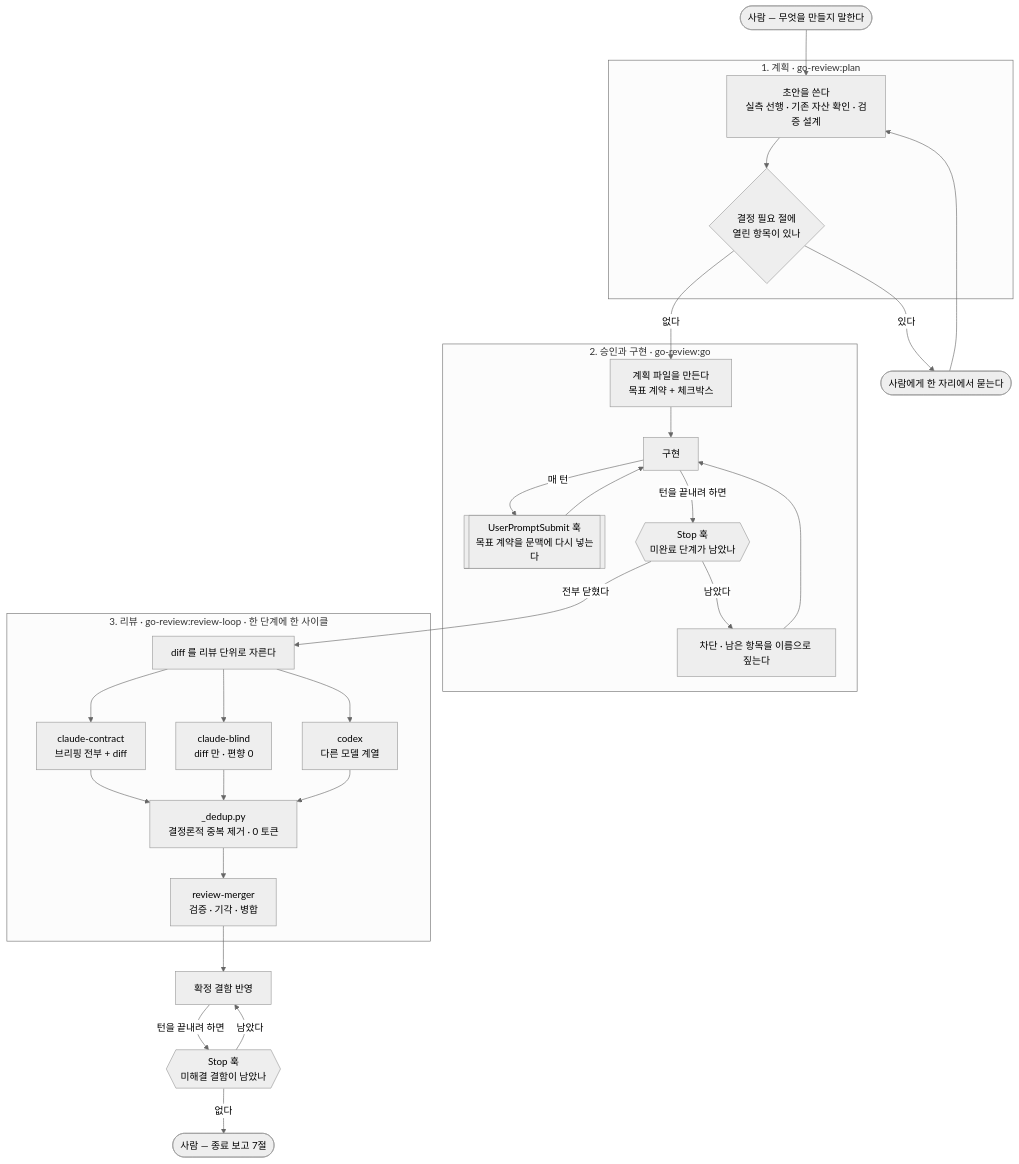
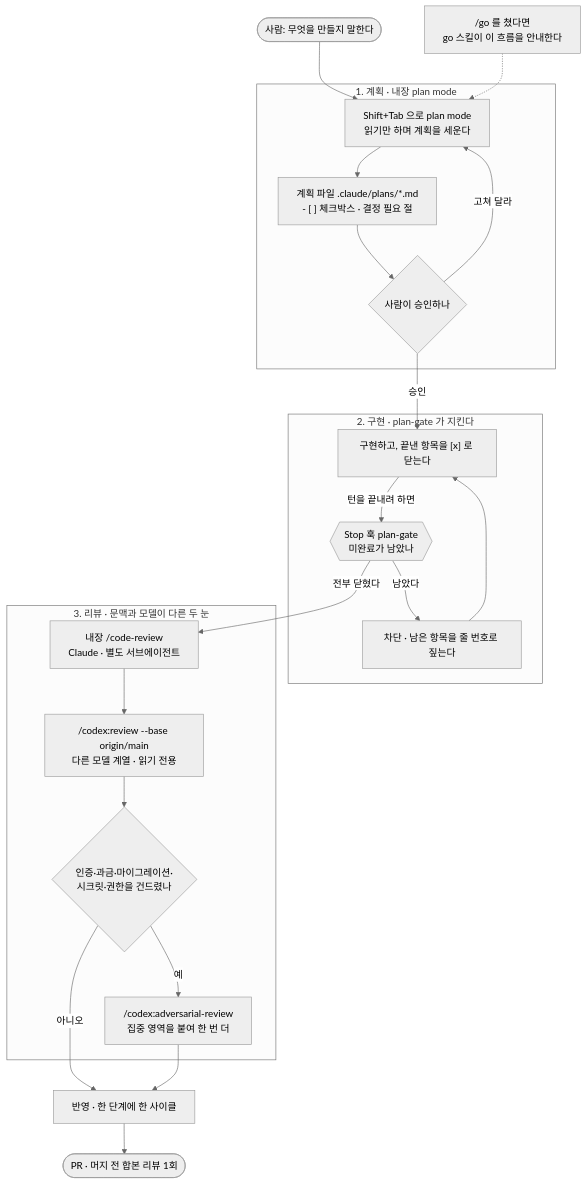
One commit to jwjinn/go-skill changed the first of 3 diagrams in README.md. Above: the diagram before and after it, drawn with Mermaid (neutral theme). The commit also changed other lines of this file and 8 other files, not shown here.

First line of the commit message:
docs: 체인을 plan-gate 하나로 줄인 지금 구조를 README 에 그림으로 정리한다 (#1)

````diff
--- a/README.md
+++ b/README.md
@@ -44,38 +18,31 @@
 ```mermaid
 flowchart TD
-    U0(["사람 — 무엇을 만들지 말한다"]) --> PLAN
+    U(["사람: 무엇을 만들지 말한다"]) --> PM
+    G["/go 를 쳤다면<br/>go 스킬이 이 흐름을 안내한다"] -.-> PM
 
-    subgraph SG1["1. 계획 · go-review:plan"]
-        PLAN["초안을 쓴다<br/>실측 선행 · 기존 자산 확인 · 검증 설계"] --> DEC{"결정 필요 절에<br/>열린 항목이 있나"}
+    subgraph S1["1. 계획 · 내장 plan mode"]
+        PM["Shift+Tab 으로 plan mode<br/>읽기만 하며 계획을 세운다"] --> PF["계획 파일 .claude/plans/*.md<br/>- [ ] 체크박스 · 결정 필요 절"]
+        PF --> OK{"사람이 승인하나"}
     end
 
-    DEC -->|"있다"| ASK(["사람에게 한 자리에서 묻는다"])
-    ASK --> PLAN
-    DEC -->|"없다"| GO
+    OK -->|"고쳐 달라"| PM
+    OK -->|"승인"| IM
 
-    subgraph SG2["2. 승인과 구현 · go-review:go"]
-        GO["계획 파일을 만든다<br/>목표 계약 + 체크박스"] --> IMPL["구현"]
-        IMPL -->|"매 턴"| ECHO[["UserPromptSubmit 훅<br/>목표 계약을 문맥에 다시 넣는다"]]
-        ECHO --> IMPL
-        IMPL -->|"턴을 끝내려 하면"| GATE{{"Stop 훅<br/>미완료 단계가 남았나"}}
-        GATE -->|"남았다"| BLOCK["차단 · 남은 항목을 이름으로 짚는다"]
-        BLOCK --> IMPL
+    subgraph S2["2. 구현 · plan-gate 가 지킨다"]
+        IM["구현하고, 끝낸 항목을 [x] 로 닫는다"] -->|"턴을 끝내려 하면"| GT{{"Stop 훅 plan-gate<br/>미완료가 남았나"}}
+        GT -->|"남았다"| BL["차단 · 남은 항목을 줄 번호로 짚는다"]
+        BL --> IM
     end
 
-    GATE -->|"전부 닫혔다"| RL
+    GT -->|"전부 닫혔다"| CR
 
-    subgraph SG3["3. 리뷰 · go-review:review-loop · 한 단계에 한 사이클"]
-        RL["diff 를 리뷰 단위로 자른다"] --> R1
-        RL --> R2
-        RL --> R3
-        R1["claude-contract<br/>브리핑 전부 + diff"] --> DD
-        R2["claude-blind<br/>diff 만 · 편향 0"] --> DD
-        R3["codex<br/>다른 모델 계열"] --> DD
-        DD["_dedup.py<br/>결정론적 중복 제거 · 0 토큰"] --> MG["review-merger<br/>검증 · 기각 · 병합"]
+    subgraph S3["3. 리뷰 · 문맥과 모델이 다른 두 눈"]
+        CR["내장 /code-review<br/>Claude · 별도 서브에이전트"] --> CX["/codex:review --base origin/main<br/>다른 모델 계열 · 읽기 전용"]
+        CX --> SEN{"인증·과금·마이그레이션·<br/>시크릿·권한을 건드렸나"}
+        SEN -->|"예"| ADV["/codex:adversarial-review<br/>집중 영역을 붙여 한 번 더"]
     end
 
-    MG --> FIX["확정 결함 반영"]
-    FIX -->|"턴을 끝내려 하면"| RGATE{{"Stop 훅<br/>미해결 결함이 남았나"}}
-    RGATE -->|"남았다"| FIX
-    RGATE -->|"없다"| REPORT(["사람 — 종료 보고 7절"])
+    SEN -->|"아니오"| FX
+    ADV --> FX["반영 · 한 단계에 한 사이클"]
+    FX --> PR(["PR · 머지 전 합본 리뷰 1회"])
 ```
````
